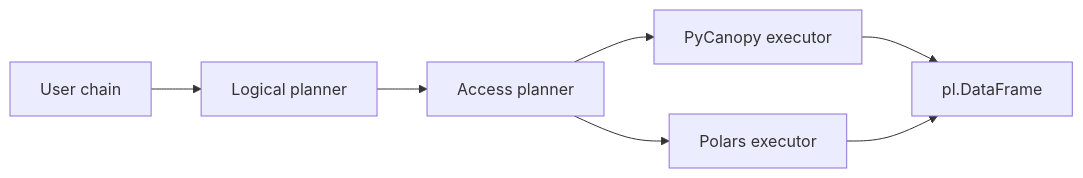
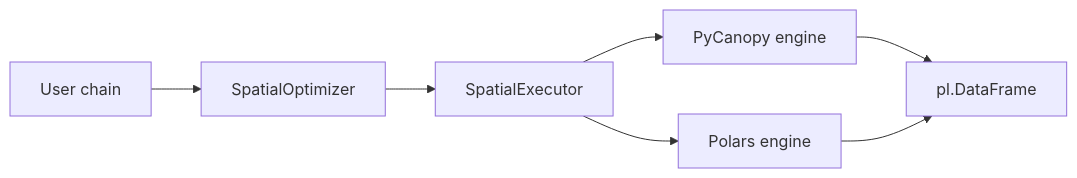
One commit to pranav-walimbe/PyCanopy changed the first of 2 diagrams in README.md. Above: the diagram before and after it, drawn with Mermaid.

Commit message:
tweaked query flow diagram

````diff
--- a/README.md
+++ b/README.md
@@ -411,7 +411,7 @@
 ```mermaid
 flowchart LR
-    A[User chain] --> B[Logical planner] --> C[Access planner]
-    C --> D[PyCanopy executor]
-    C --> E[Polars executor]
+    A[User chain] --> B[SpatialOptimizer] --> C[SpatialExecutor]
+    C --> D[PyCanopy engine]
+    C --> E[Polars engine]
     D & E --> F[pl.DataFrame]
 ```
````
